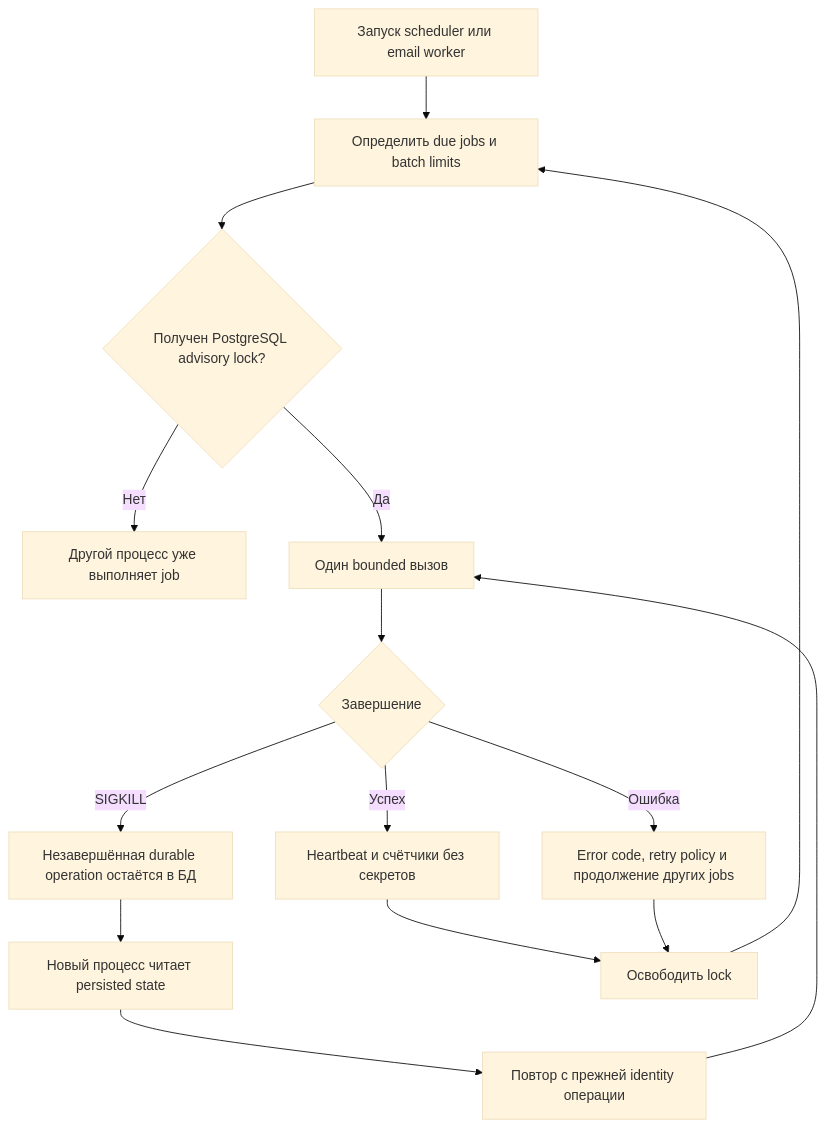
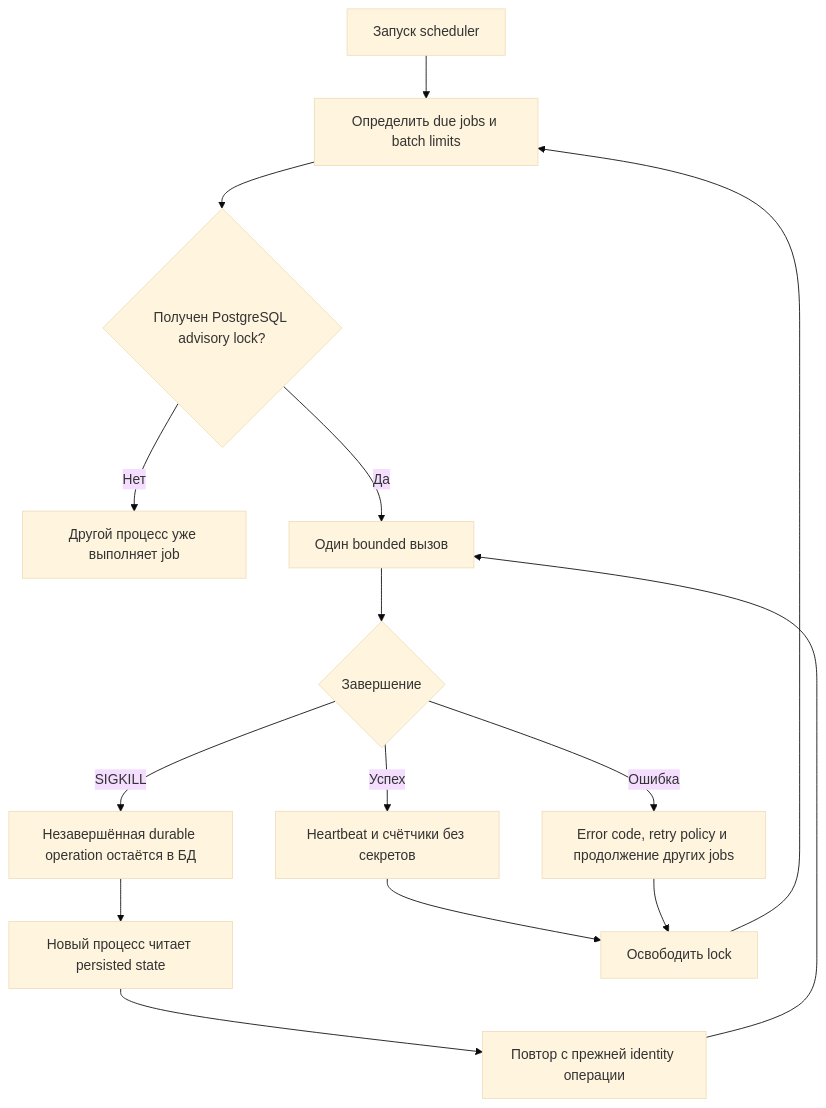
The diagram in docs/processes/13-workers.mmd (YCleffo/Platform), drawn with Mermaid (base theme) before and after one commit. The commit also changed 35 other files, not shown here.

```diff
--- a/docs/processes/13-workers.mmd
+++ b/docs/processes/13-workers.mmd
@@ -1,15 +1,15 @@
 flowchart TD
-  Supervisor[Запуск scheduler или email worker] --> Tick[Определить due jobs и batch limits]
+  Supervisor[Запуск scheduler] --> Tick[Определить due jobs и batch limits]
   Tick --> Lock{Получен PostgreSQL advisory lock?}
   Lock -->|Нет| Skip[Другой процесс уже выполняет job]
   Lock -->|Да| Run[Один bounded вызов]
   Run --> Outcome{Завершение}
   Outcome -->|Успех| Status[Heartbeat и счётчики без секретов]
   Outcome -->|Ошибка| Failed[Error code, retry policy и продолжение других jobs]
   Outcome -->|SIGKILL| Durable[Незавершённая durable operation остаётся в БД]
   Durable --> Restart[Новый процесс читает persisted state]
   Restart --> Resume[Повтор с прежней identity операции]
   Resume --> Run
   Status --> Unlock[Освободить lock]
   Failed --> Unlock
   Unlock --> Tick
```
